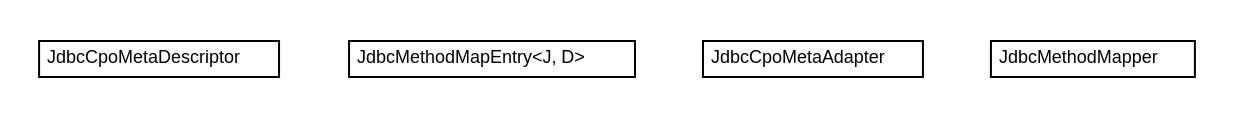
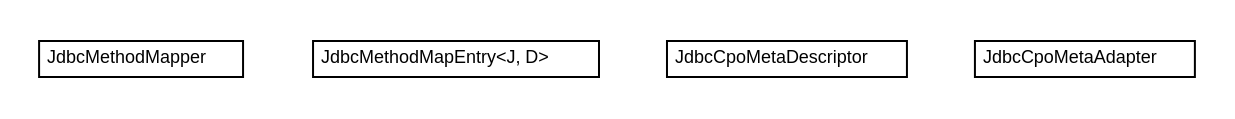
One commit to synchronoss/cpo-api changed the diagram in site/apidocs/org/synchronoss/cpo/jdbc/meta/org.synchronoss.cpo.jdbc.meta.dot. Above: the diagram before and after it, drawn with Graphviz. The commit also changed 1957 other files, not shown here.

```diff
--- a/site/apidocs/org/synchronoss/cpo/jdbc/meta/org.synchronoss.cpo.jdbc.meta.dot
+++ b/site/apidocs/org/synchronoss/cpo/jdbc/meta/org.synchronoss.cpo.jdbc.meta.dot
@@ -1,34 +1,34 @@
 #!/usr/local/bin/dot
 #
 # Class diagram 
 # Generated by UmlGraph version 4.6 (http://www.spinellis.gr/sw/umlgraph)
 #
 
 digraph G {
 	edge [fontname="Helvetica",fontsize=10,labelfontname="Helvetica",labelfontsize=10];
 	node [fontname="Helvetica",fontsize=10,shape=plaintext];
+	// org.synchronoss.cpo.jdbc.meta.JdbcMethodMapper
+	c4239 [label=<<table border="0" cellborder="1" cellspacing="0" cellpadding="2" port="p" href="./JdbcMethodMapper.html">
+		<tr><td><table border="0" cellspacing="0" cellpadding="1">
+			<tr><td> JdbcMethodMapper </td></tr>
+		</table></td></tr>
+		</table>>, fontname="Helvetica", fontcolor="black", fontsize=9.0];
+	// org.synchronoss.cpo.jdbc.meta.JdbcMethodMapEntry<J, D>
+	c4240 [label=<<table border="0" cellborder="1" cellspacing="0" cellpadding="2" port="p" href="./JdbcMethodMapEntry.html">
+		<tr><td><table border="0" cellspacing="0" cellpadding="1">
+			<tr><td> JdbcMethodMapEntry&lt;J, D&gt; </td></tr>
+		</table></td></tr>
+		</table>>, fontname="Helvetica", fontcolor="black", fontsize=9.0];
 	// org.synchronoss.cpo.jdbc.meta.JdbcCpoMetaDescriptor
-	c4424 [label=<<table border="0" cellborder="1" cellspacing="0" cellpadding="2" port="p" href="./JdbcCpoMetaDescriptor.html">
+	c4241 [label=<<table border="0" cellborder="1" cellspacing="0" cellpadding="2" port="p" href="./JdbcCpoMetaDescriptor.html">
 		<tr><td><table border="0" cellspacing="0" cellpadding="1">
 			<tr><td> JdbcCpoMetaDescriptor </td></tr>
 		</table></td></tr>
 		</table>>, fontname="Helvetica", fontcolor="black", fontsize=9.0];
-	// org.synchronoss.cpo.jdbc.meta.JdbcMethodMapEntry<J, D>
-	c4425 [label=<<table border="0" cellborder="1" cellspacing="0" cellpadding="2" port="p" href="./JdbcMethodMapEntry.html">
-		<tr><td><table border="0" cellspacing="0" cellpadding="1">
-			<tr><td> JdbcMethodMapEntry&lt;J, D&gt; </td></tr>
-		</table></td></tr>
-		</table>>, fontname="Helvetica", fontcolor="black", fontsize=9.0];
 	// org.synchronoss.cpo.jdbc.meta.JdbcCpoMetaAdapter
-	c4426 [label=<<table border="0" cellborder="1" cellspacing="0" cellpadding="2" port="p" href="./JdbcCpoMetaAdapter.html">
+	c4242 [label=<<table border="0" cellborder="1" cellspacing="0" cellpadding="2" port="p" href="./JdbcCpoMetaAdapter.html">
 		<tr><td><table border="0" cellspacing="0" cellpadding="1">
 			<tr><td> JdbcCpoMetaAdapter </td></tr>
 		</table></td></tr>
 		</table>>, fontname="Helvetica", fontcolor="black", fontsize=9.0];
-	// org.synchronoss.cpo.jdbc.meta.JdbcMethodMapper
-	c4427 [label=<<table border="0" cellborder="1" cellspacing="0" cellpadding="2" port="p" href="./JdbcMethodMapper.html">
-		<tr><td><table border="0" cellspacing="0" cellpadding="1">
-			<tr><td> JdbcMethodMapper </td></tr>
-		</table></td></tr>
-		</table>>, fontname="Helvetica", fontcolor="black", fontsize=9.0];
 }
```
